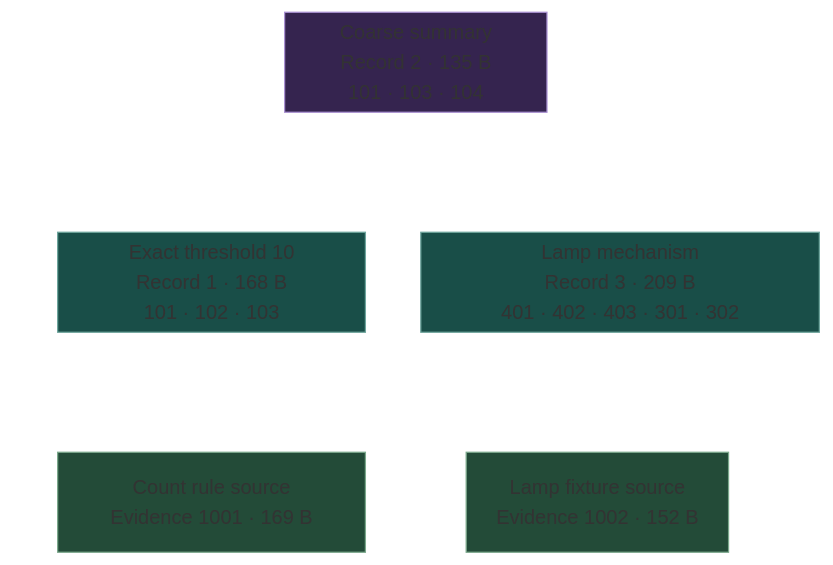
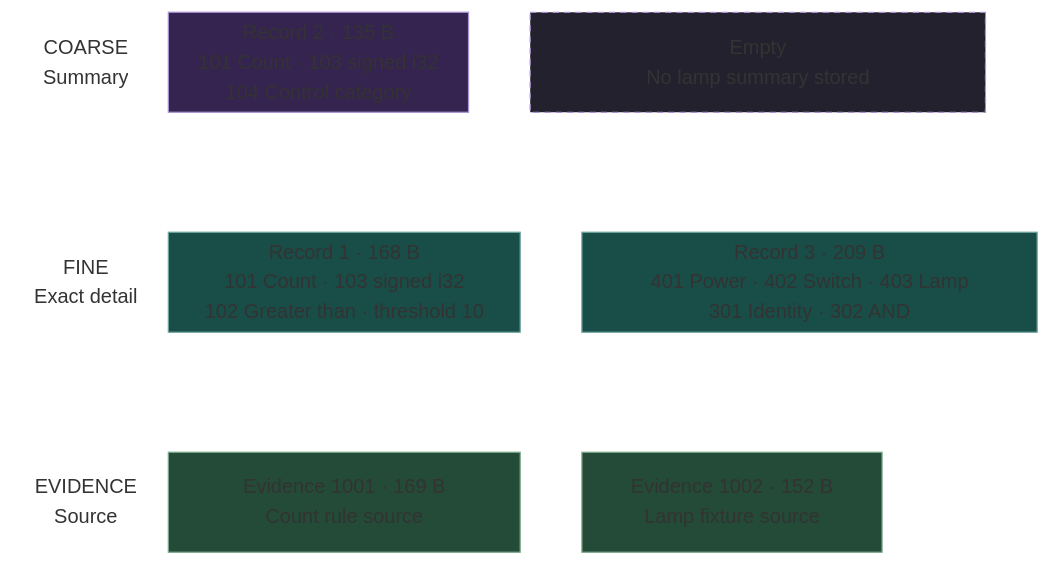
Before and after one commit to Kian-hdr/lore-demo: the eighth of 9 diagrams in README.md, drawn with Mermaid. The commit also changed other lines of this file and 1 other file, not shown here.

Commit message:
Label memory tiers and show the empty summary slot

````diff
--- a/README.md
+++ b/README.md
@@ -227,16 +227,20 @@
 ```mermaid
 block-beta
-    columns 18
-    space:6 summary["Coarse summary<br/>Record 2 · 135 B<br/>101 · 103 · 104"]:6 space:6
-    gap1[" "]:18
-    space:1 count["Exact threshold 10<br/>Record 1 · 168 B<br/>101 · 102 · 103"]:7 space:1 lamp["Lamp mechanism<br/>Record 3 · 209 B<br/>401 · 402 · 403 · 301 · 302"]:9
-    gap2[" "]:18
-    space:1 countsource["Count rule source<br/>Evidence 1001 · 169 B"]:7 space:2 lampsource["Lamp fixture source<br/>Evidence 1002 · 152 B"]:6 space:2
+    columns 20
+    coarse["COARSE<br/>Summary"]:3 summary["Record 2 · 135 B<br/>101 Count · 103 signed i32<br/>104 Control category"]:6 space:1 empty["Empty<br/>No lamp summary stored"]:9 space:1
+    gap1[" "]:20
+    fine["FINE<br/>Exact detail"]:3 count["Record 1 · 168 B<br/>101 Count · 103 signed i32<br/>102 Greater than · threshold 10"]:7 space:1 lamp["Record 3 · 209 B<br/>401 Power · 402 Switch · 403 Lamp<br/>301 Identity · 302 AND"]:9
+    gap2[" "]:20
+    evidence["EVIDENCE<br/>Source"]:3 countsource["Evidence 1001 · 169 B<br/>Count rule source"]:7 space:1 lampsource["Evidence 1002 · 152 B<br/>Lamp fixture source"]:6 space:3
+    style coarse fill:none,stroke:none,font-weight:bold;
+    style fine fill:none,stroke:none,font-weight:bold;
+    style evidence fill:none,stroke:none,font-weight:bold;
     style summary fill:#35244f,stroke:#aa91d2,color:#ffffff;
+    style empty fill:#24212e,stroke:#aa91d2,color:#e3d8f2,stroke-dasharray:5 4;
     style count fill:#194e48,stroke:#6ea59d,color:#ffffff;
     style lamp fill:#194e48,stroke:#6ea59d,color:#ffffff;
     style countsource fill:#234b38,stroke:#7ba98c,color:#ffffff;
     style lampsource fill:#234b38,stroke:#7ba98c,color:#ffffff;
     style gap1 fill:none,stroke:none,opacity:0;
     style gap2 fill:none,stroke:none,opacity:0;
 ```
````
